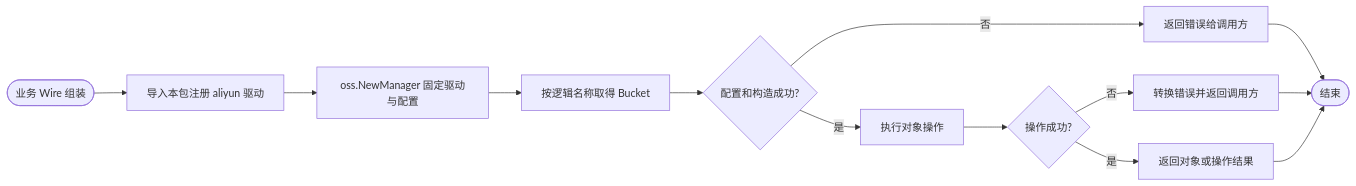
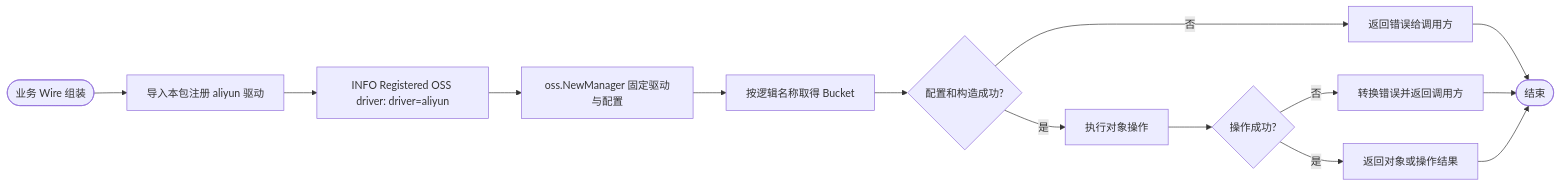
Before and after one commit to jaggerzhuang1994/kratos-foundation: the diagram in contrib/oss/aliyun/README.md, drawn with Mermaid. The commit also changed 8 other files, not shown here.

````diff
--- a/contrib/oss/aliyun/README.md
+++ b/contrib/oss/aliyun/README.md
@@ -12,15 +12,16 @@
 ```mermaid
 flowchart LR
     A([业务 Wire 组装]) --> B[导入本包注册 aliyun 驱动]
-    B --> C[oss.NewManager 固定驱动与配置]
+    B --> L[INFO Registered OSS driver: driver=aliyun]
+    L --> C[oss.NewManager 固定驱动与配置]
     C --> D[按逻辑名称取得 Bucket]
     D --> E{配置和构造成功?}
     E -- 否 --> F[返回错误给调用方]
     E -- 是 --> G[执行对象操作]
     G --> H{操作成功?}
     H -- 否 --> I[转换错误并返回调用方]
     H -- 是 --> J[返回对象或操作结果]
     F --> K([结束])
     I --> K
     J --> K
 ```
````
